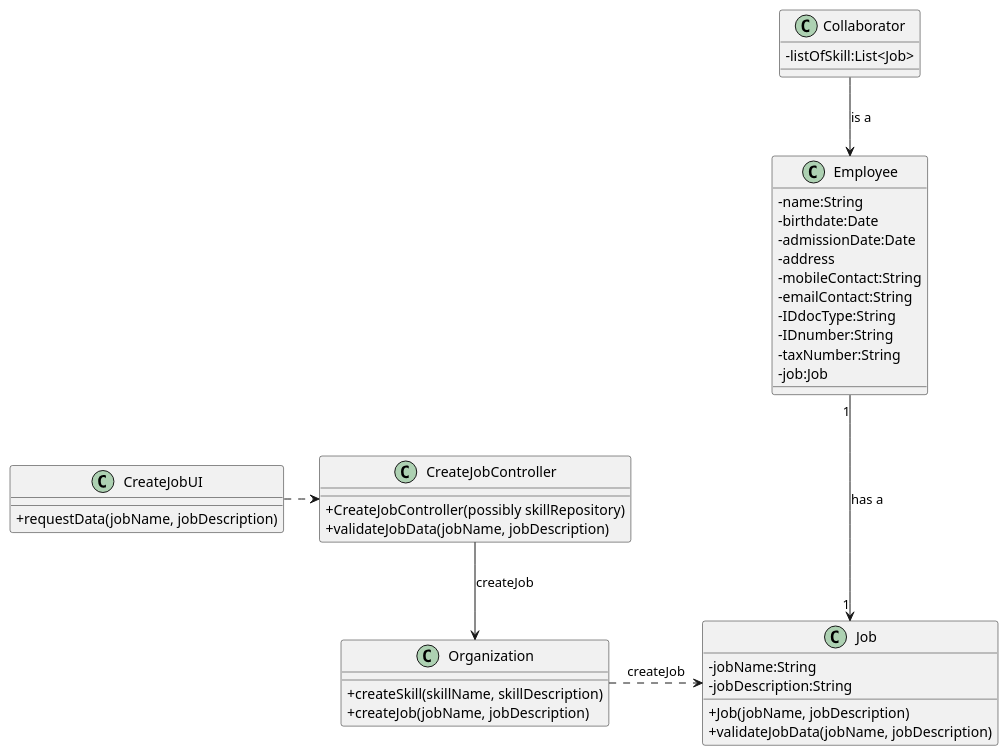
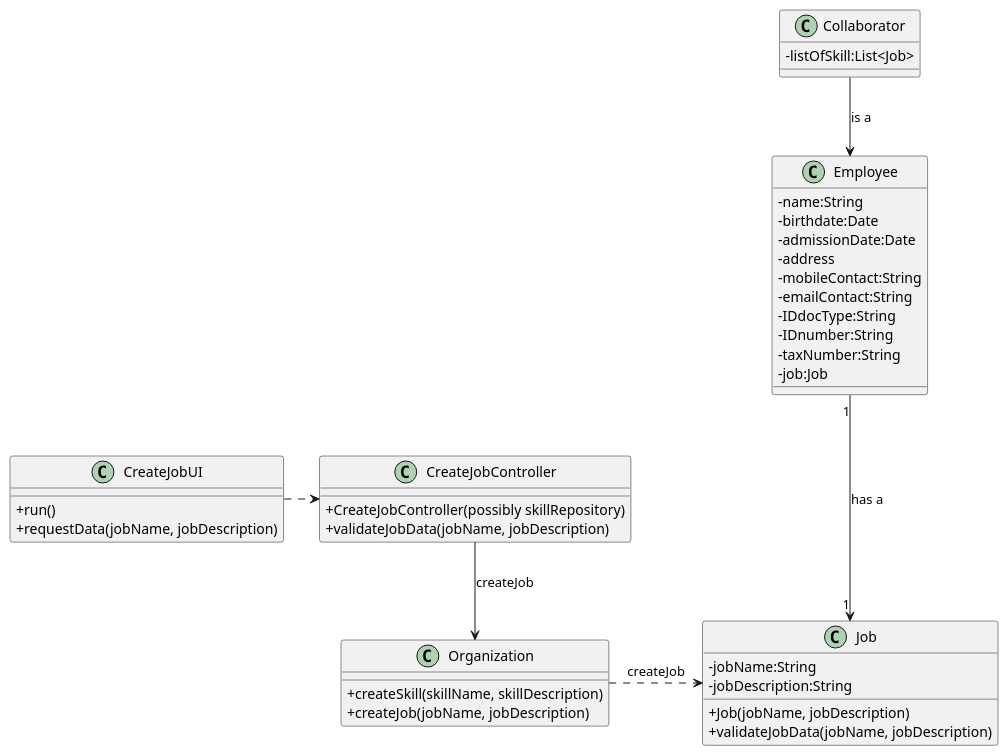
One commit to Paulo-Pereira-at-ISEP/lei-24-s2-1nanb-g321 changed the diagram in docs/sprintB/us02/03.design/puml/us02-class-diagram.puml. Above: the diagram before and after it, drawn with PlantUML.

Commit message:
LGGPM-118 - US02 - Design - Class diagram update

```diff
--- a/docs/sprintB/us02/03.design/puml/us02-class-diagram.puml
+++ b/docs/sprintB/us02/03.design/puml/us02-class-diagram.puml
@@ -1,63 +1,64 @@
 @startuml
 'skinparam monochrome true
 skinparam packageStyle rectangle
 skinparam shadowing false
 skinparam linetype polyline
 'skinparam linetype orto
 
 skinparam classAttributeIconSize 0
 
 'left to right direction
 
 class CreateJobController {
     + CreateJobController(possibly skillRepository)
     + validateJobData(jobName, jobDescription)
 
 }
 
 
 class CreateJobUI {
+    +run()
     +requestData(jobName, jobDescription)
 }
 
 
 class Employee{
     -name:String
     -birthdate:Date
     -admissionDate:Date
     -address
     -mobileContact:String
     -emailContact:String
     -IDdocType:String
     -IDnumber:String
     -taxNumber:String
     -job:Job
 
 }
 
 class Collaborator {
     -listOfSkill:List<Job>
 }
 
 class Organization {
     +createSkill(skillName, skillDescription)
     +createJob(jobName, jobDescription)
 }
 
 
 
 class Job {
     -jobName:String
     -jobDescription:String
 
     +Job(jobName, jobDescription)
     +validateJobData(jobName, jobDescription)
 }
 
+Employee "1" ---> "1" Job : has a
 CreateJobUI .> CreateJobController
-Employee "1" ---> "1" Job : has a
 CreateJobController -->  Organization : createJob
 Organization .> Job : createJob
 Collaborator --> Employee : is a
 
 @enduml
```
